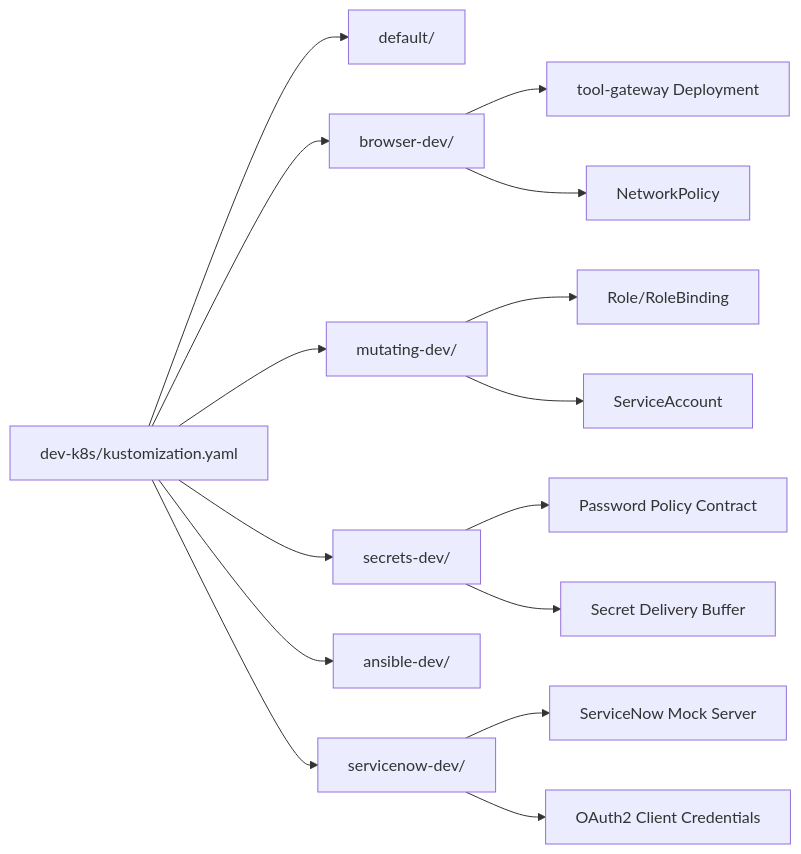
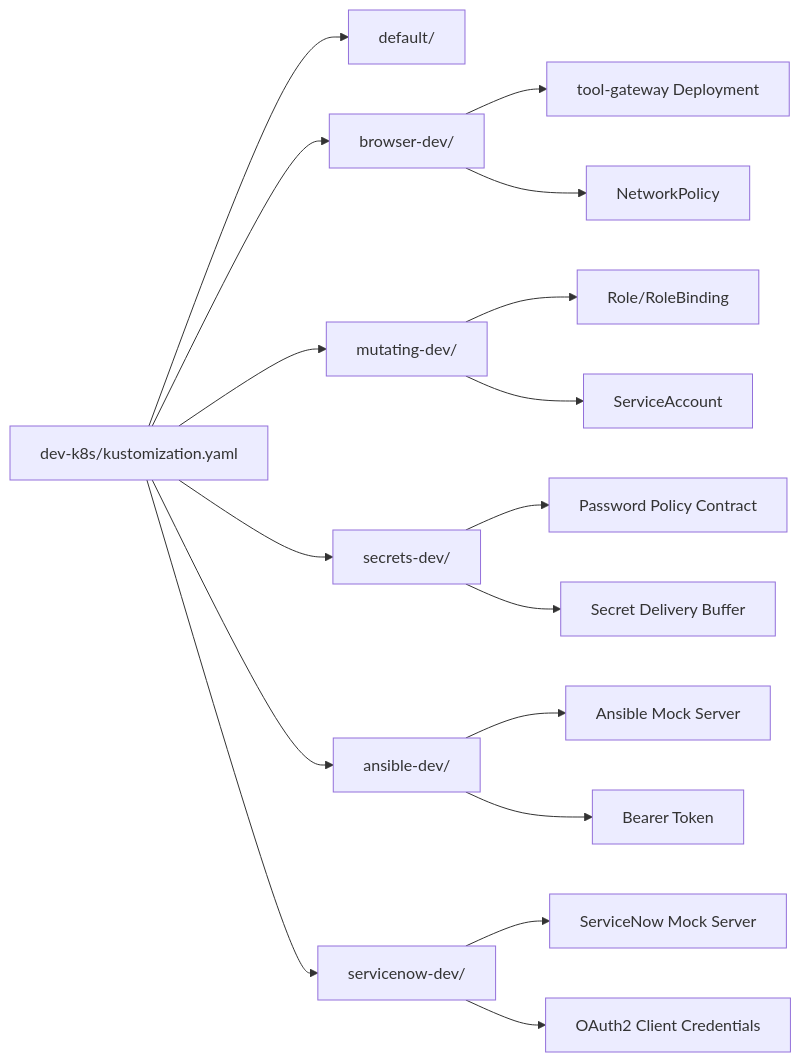
The ninth of 9 diagrams in .qoder/repowiki/en/content/Deployment and Operations/Kubernetes Deployment/Runtime Profiles.md (metasync/luban-aiops), drawn with Mermaid before and after one commit. The commit also changed other lines of this file and 7 other files, not shown here.

Commit message:
docs: index the ServiceNow live-integration guide in the repowiki cache

````diff
--- a/.qoder/repowiki/en/content/Deployment and Operations/Kubernetes Deployment/Runtime Profiles.md
+++ b/.qoder/repowiki/en/content/Deployment and Operations/Kubernetes Deployment/Runtime Profiles.md
@@ -459,32 +531,36 @@
 ```mermaid
 graph LR
 DevK8s["dev-k8s/kustomization.yaml"]
 Def["default/"]
 Br["browser-dev/"]
 Mut["mutating-dev/"]
 Sec["secrets-dev/"]
 Ans["ansible-dev/"]
 Sn["servicenow-dev/"]
 TG["tool-gateway Deployment"]
 NP["NetworkPolicy"]
 RB["Role/RoleBinding"]
 SA["ServiceAccount"]
 PP["Password Policy Contract"]
 DB["Secret Delivery Buffer"]
-Mock["ServiceNow Mock Server"]
+MockA["Ansible Mock Server"]
+MockN["ServiceNow Mock Server"]
 OAuth["OAuth2 Client Credentials"]
+BT["Bearer Token"]
 DevK8s --> Def
 DevK8s --> Br
 DevK8s --> Mut
 DevK8s --> Sec
 DevK8s --> Ans
 DevK8s --> Sn
 Br --> TG
 Br --> NP
 Mut --> RB
 Mut --> SA
 Sec --> PP
 Sec --> DB
-Sn --> Mock
+Ans --> MockA
+Ans --> BT
+Sn --> MockN
 Sn --> OAuth
 ```
````
